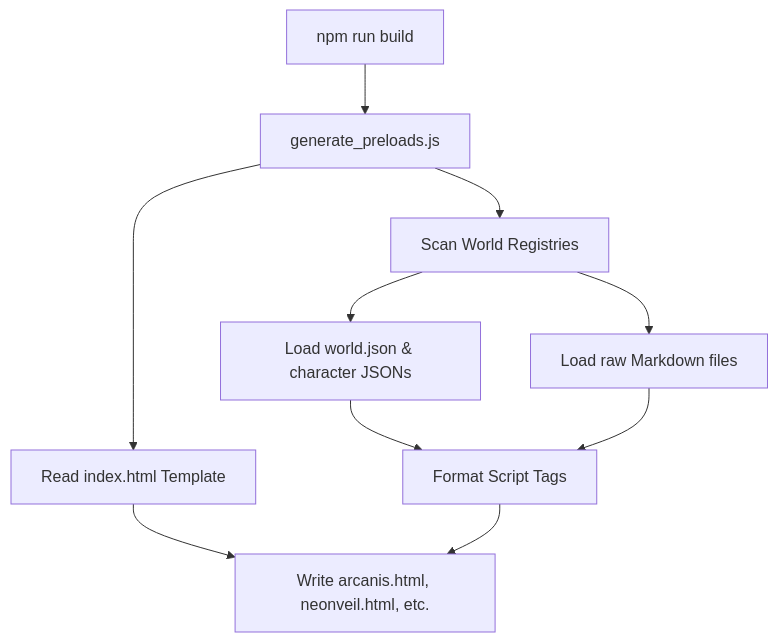
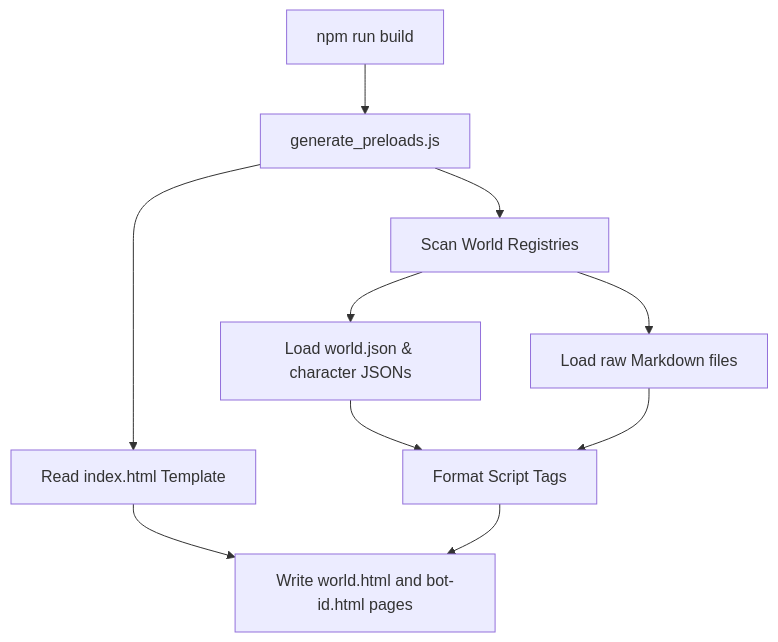
The first of 2 diagrams in PRELOAD_DOCS.md (minimumlogix/World-Nexus), drawn with Mermaid before and after one commit. The commit also changed other lines of this file and 23 other files, not shown here.

````diff
--- a/PRELOAD_DOCS.md
+++ b/PRELOAD_DOCS.md
@@ -14,10 +14,10 @@
 ```mermaid
 graph TD
     A[npm run build] --> B[generate_preloads.js]
     B --> C[Read index.html Template]
     B --> D[Scan World Registries]
     D --> E[Load world.json & character JSONs]
     D --> F[Load raw Markdown files]
     E & F --> G[Format Script Tags]
-    C & G --> H[Write arcanis.html, neonveil.html, etc.]
+    C & G --> H[Write world.html and bot-id.html pages]
 ```
````
